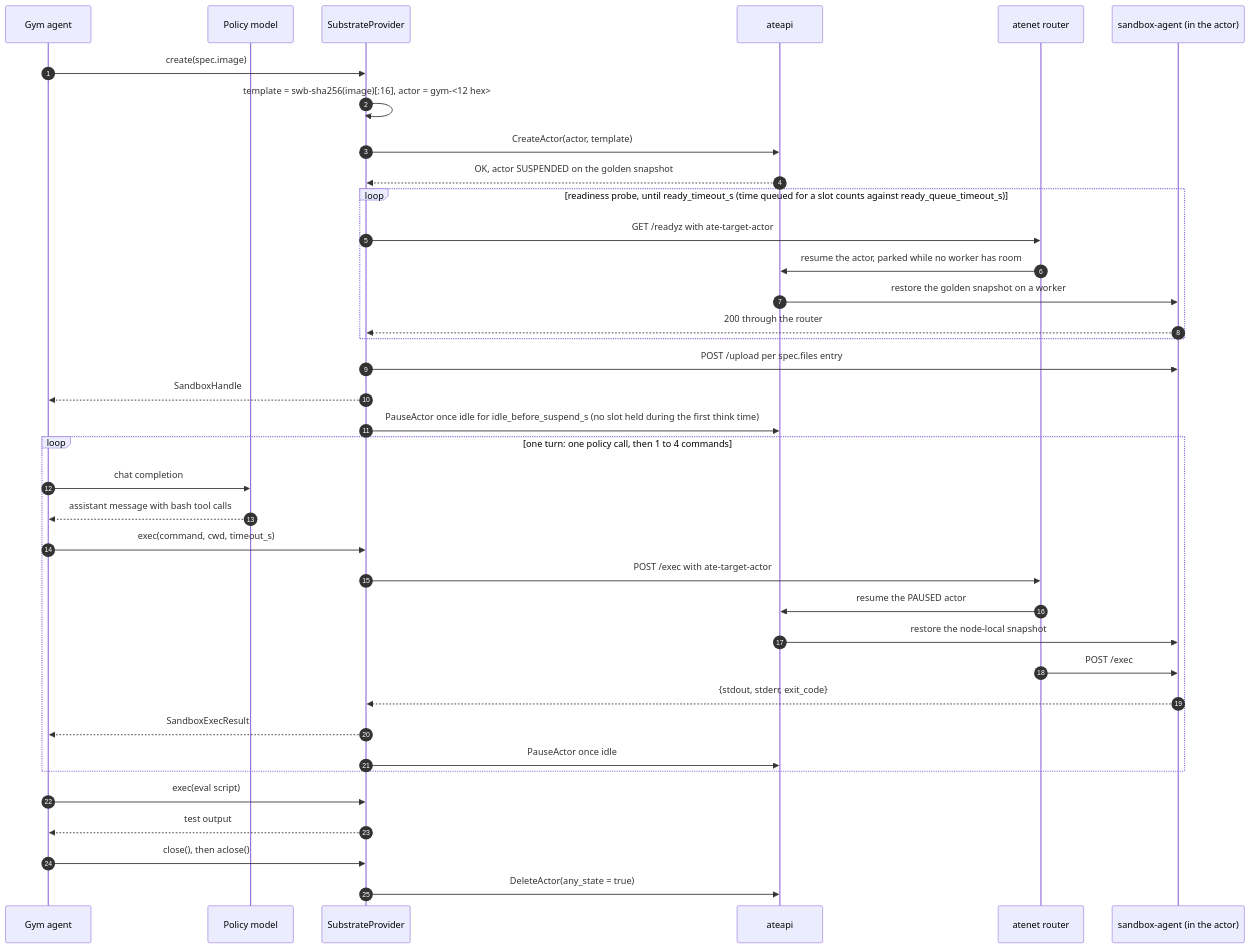
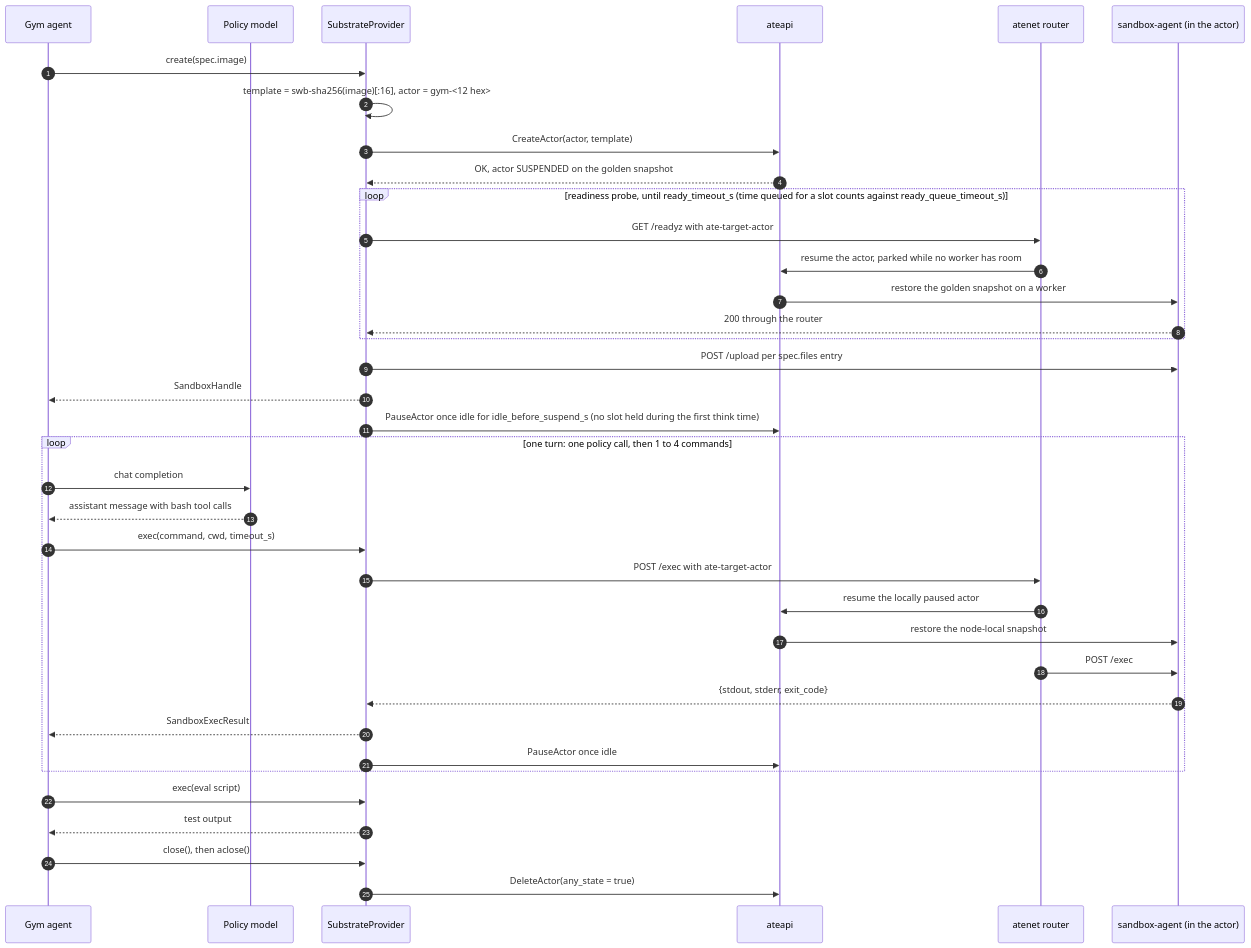
The third of 8 diagrams in docs/architecture.md (dims/gym-substrate), drawn with Mermaid before and after one commit. The commit also changed other lines of this file and 12 other files, not shown here.

````diff
--- a/docs/architecture.md
+++ b/docs/architecture.md
@@ -119,42 +119,42 @@
 ```mermaid
 sequenceDiagram
   autonumber
   participant G as Gym agent
   participant M as Policy model
   participant P as SubstrateProvider
   participant A as ateapi
   participant R as atenet router
   participant S as sandbox-agent (in the actor)
 
   G->>P: create(spec.image)
   P->>P: template = swb-sha256(image)[:16], actor = gym-<12 hex>
   P->>A: CreateActor(actor, template)
   A-->>P: OK, actor SUSPENDED on the golden snapshot
   loop readiness probe, until ready_timeout_s (time queued for a slot counts against ready_queue_timeout_s)
     P->>R: GET /readyz with ate-target-actor
     R->>A: resume the actor, parked while no worker has room
     A->>S: restore the golden snapshot on a worker
     S-->>P: 200 through the router
   end
   P->>S: POST /upload per spec.files entry
   P-->>G: SandboxHandle
   P->>A: PauseActor once idle for idle_before_suspend_s (no slot held during the first think time)
 
   loop one turn: one policy call, then 1 to 4 commands
     G->>M: chat completion
     M-->>G: assistant message with bash tool calls
     G->>P: exec(command, cwd, timeout_s)
     P->>R: POST /exec with ate-target-actor
-    R->>A: resume the PAUSED actor
+    R->>A: resume the locally paused actor
     A->>S: restore the node-local snapshot
     R->>S: POST /exec
     S-->>P: {stdout, stderr, exit_code}
     P-->>G: SandboxExecResult
     P->>A: PauseActor once idle
   end
 
   G->>P: exec(eval script)
   P-->>G: test output
   G->>P: close(), then aclose()
   P->>A: DeleteActor(any_state = true)
 ```
````
